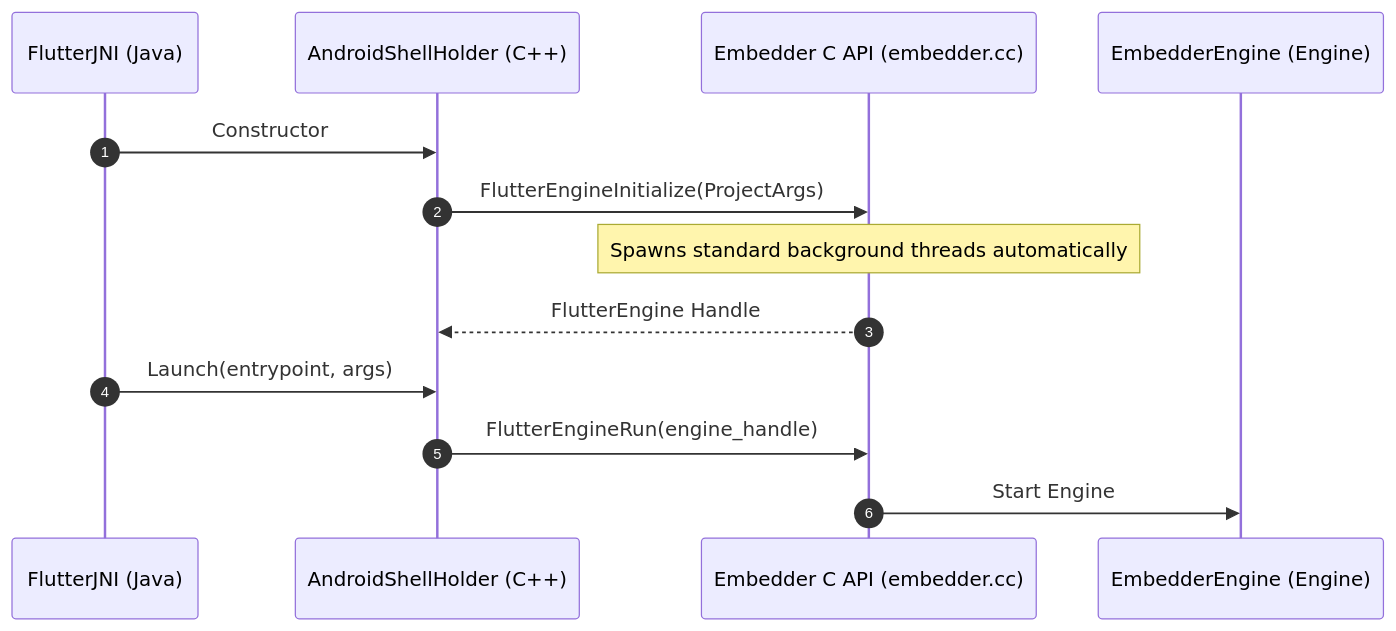
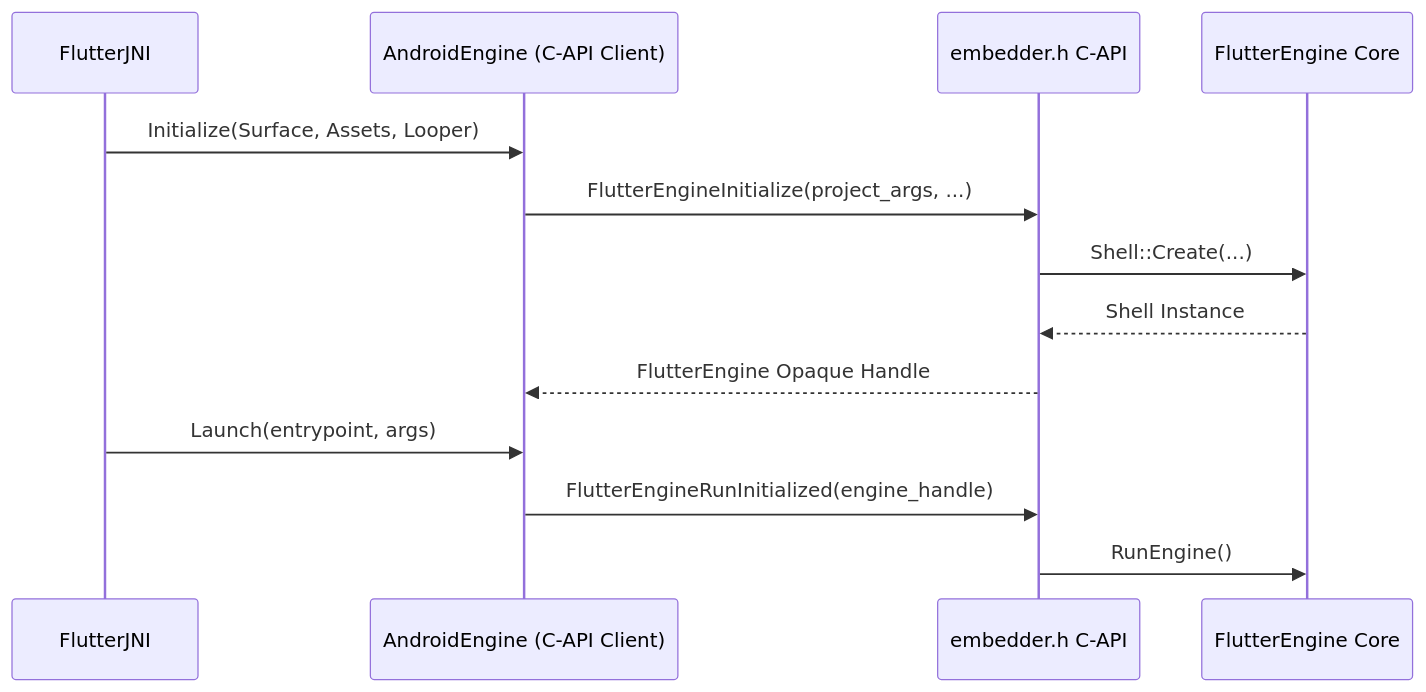
The fourth of 5 diagrams in rfc/410.0000-flutter-android-embedder-c-api-migration.md (mboetger/rfc), drawn with Mermaid before and after one commit. The commit also changed other lines of this file, not shown here.

Commit message:
docs(rfc): align RFC 410 with approved architectural outline

````diff
--- a/rfc/410.0000-flutter-android-embedder-c-api-migration.md
+++ b/rfc/410.0000-flutter-android-embedder-c-api-migration.md
@@ -553,16 +508,16 @@
 ```mermaid
 sequenceDiagram
-    autonumber
-    participant FlutterJNI as FlutterJNI (Java)
-    participant AndroidShellHolder as AndroidShellHolder (C++)
-    participant EmbedderCAPI as Embedder C API (embedder.cc)
-    participant EmbedderEngine as EmbedderEngine (Engine)
+    participant FlutterJNI
+    participant AndroidEngine as AndroidEngine (C-API Client)
+    participant EmbedderAPI as embedder.h C-API
+    participant Core as FlutterEngine Core
 
-    FlutterJNI->>AndroidShellHolder: Constructor
-    AndroidShellHolder->>EmbedderCAPI: FlutterEngineInitialize(ProjectArgs)
-    Note over EmbedderCAPI: Spawns standard background threads automatically
-    EmbedderCAPI-->>AndroidShellHolder: FlutterEngine Handle
-    FlutterJNI->>AndroidShellHolder: Launch(entrypoint, args)
-    AndroidShellHolder->>EmbedderCAPI: FlutterEngineRun(engine_handle)
-    EmbedderCAPI->>EmbedderEngine: Start Engine
+    FlutterJNI->>AndroidEngine: Initialize(Surface, Assets, Looper)
+    AndroidEngine->>EmbedderAPI: FlutterEngineInitialize(project_args, ...)
+    EmbedderAPI->>Core: Shell::Create(...)
+    Core-->>EmbedderAPI: Shell Instance
+    EmbedderAPI-->>AndroidEngine: FlutterEngine Opaque Handle
+    FlutterJNI->>AndroidEngine: Launch(entrypoint, args)
+    AndroidEngine->>EmbedderAPI: FlutterEngineRunInitialized(engine_handle)
+    EmbedderAPI->>Core: RunEngine()
 ```
````
